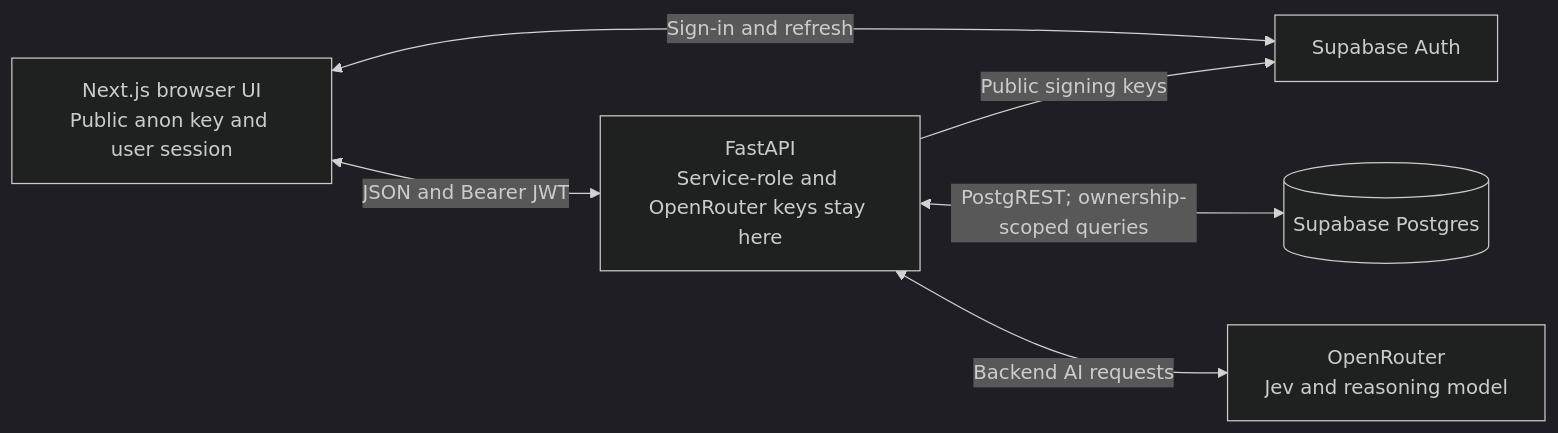
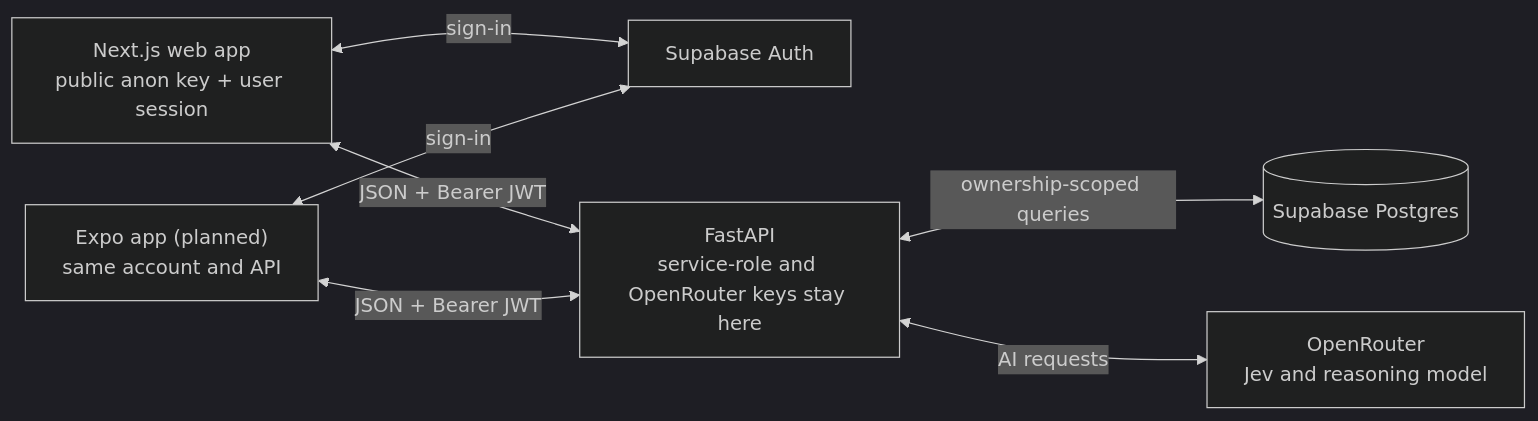
One commit to mnahsanofficial/rhythm-health changed the diagram in README.md. Above: the diagram before and after it, drawn with Mermaid (dark theme). The commit also changed other lines of this file and 5 other files, not shown here.

````diff
--- a/README.md
+++ b/README.md
@@ -71,13 +33,15 @@
 ```mermaid
 flowchart LR
-    UI["Next.js browser UI<br/>Public anon key and user session"]
+    UI["Next.js web app<br/>public anon key + user session"]
+    APP["Expo app (planned)<br/>same account and API"]
     AUTH["Supabase Auth"]
-    API["FastAPI<br/>Service-role and OpenRouter keys stay here"]
+    API["FastAPI<br/>service-role and OpenRouter keys stay here"]
     DB[("Supabase Postgres")]
     AI["OpenRouter<br/>Jev and reasoning model"]
-    UI <-->|"Sign-in and refresh"| AUTH
-    UI <-->|"JSON and Bearer JWT"| API
-    API -->|"Public signing keys"| AUTH
-    API <-->|"PostgREST; ownership-scoped queries"| DB
-    API <-->|"Backend AI requests"| AI
+    UI <-->|"sign-in"| AUTH
+    APP <-->|"sign-in"| AUTH
+    UI <-->|"JSON + Bearer JWT"| API
+    APP <-->|"JSON + Bearer JWT"| API
+    API <-->|"ownership-scoped queries"| DB
+    API <-->|"AI requests"| AI
 ```
````
